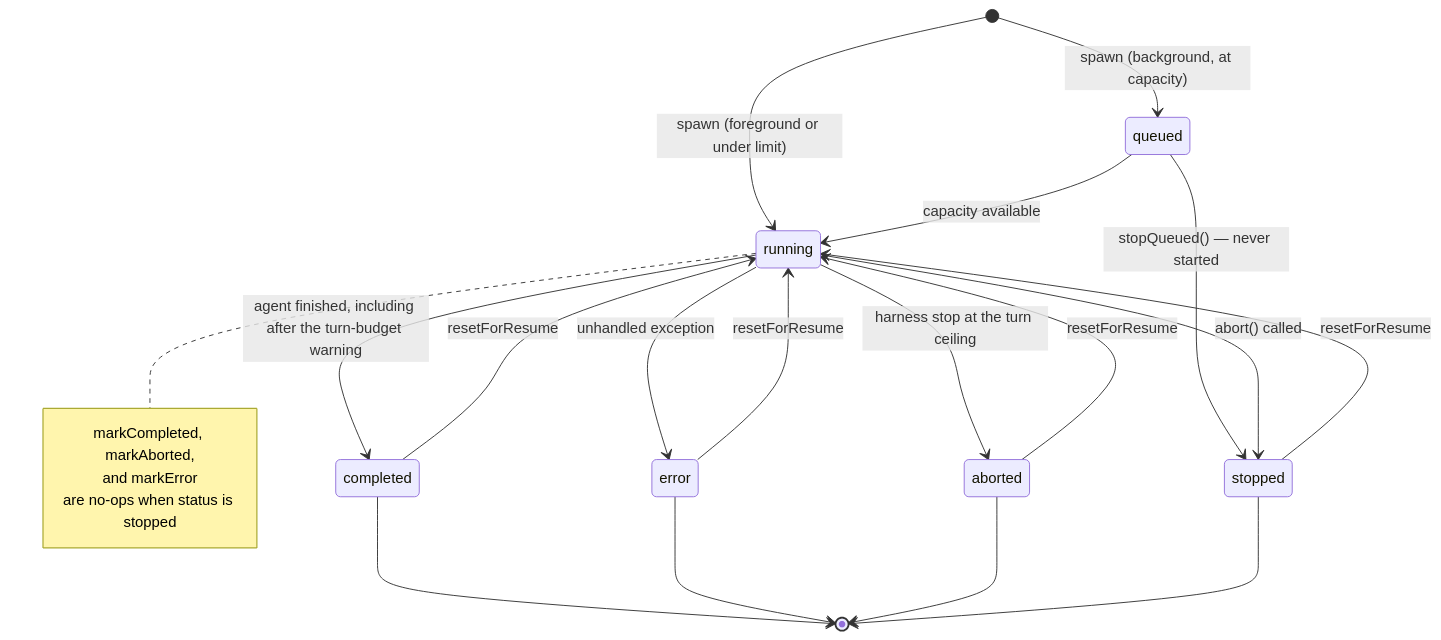
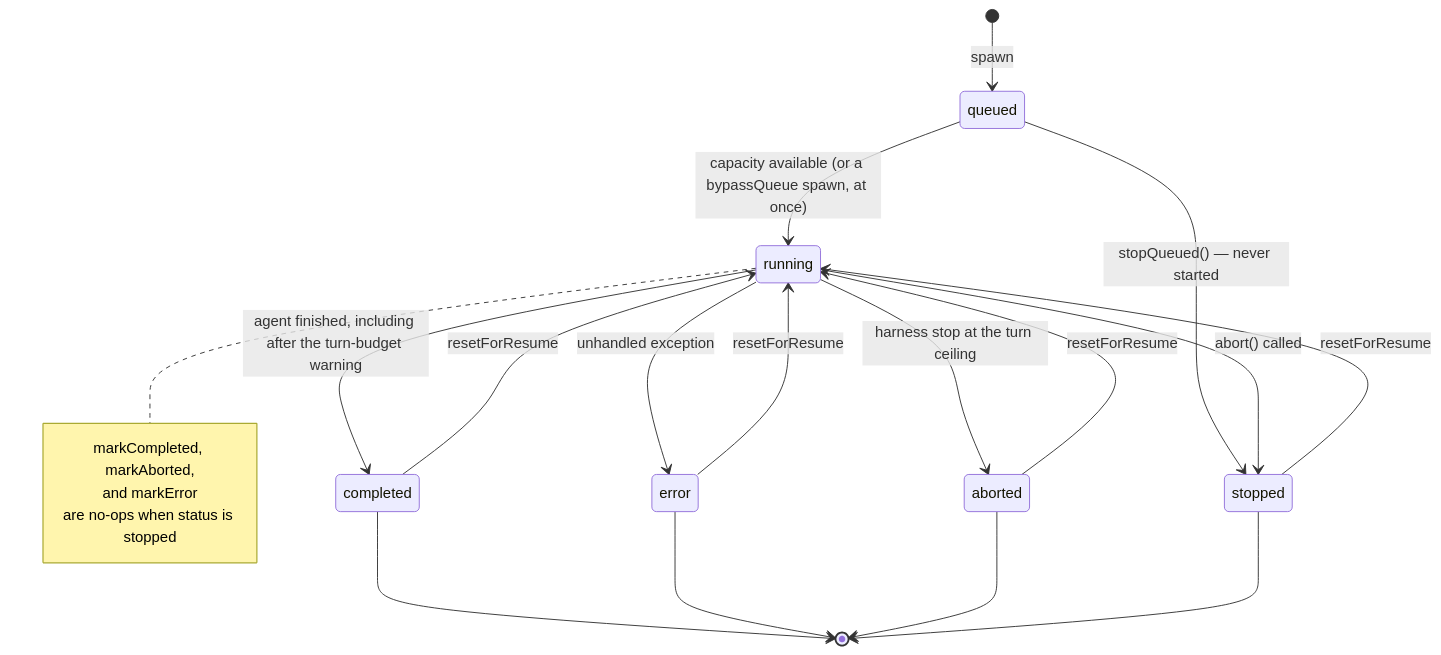
The third of 4 diagrams in extensions/pi-subagent/docs/architecture/architecture.md (zacheryph/pi), drawn with Mermaid before and after one commit. The commit also changed other lines of this file and 73 other files, not shown here.

````diff
--- a/extensions/pi-subagent/docs/architecture/architecture.md
+++ b/extensions/pi-subagent/docs/architecture/architecture.md
@@ -243,25 +238,24 @@
 ```mermaid
 stateDiagram-v2
-    [*] --> queued : spawn (background, at capacity)
-    [*] --> running : spawn (foreground or under limit)
-    queued --> running : capacity available
+    [*] --> queued : spawn
+    queued --> running : capacity available (or a bypassQueue spawn, at once)
     queued --> stopped : stopQueued() — never started
     running --> completed : agent finished, including after the turn-budget warning
     running --> error : unhandled exception
     running --> aborted : harness stop at the turn ceiling
     running --> stopped : abort() called
     completed --> running : resetForResume
     stopped --> running : resetForResume
     error --> running : resetForResume
     aborted --> running : resetForResume
     completed --> [*]
     error --> [*]
     aborted --> [*]
     stopped --> [*]
 
     note right of running
         markCompleted, markAborted,
         and markError
         are no-ops when status is stopped
     end note
 ```
````
